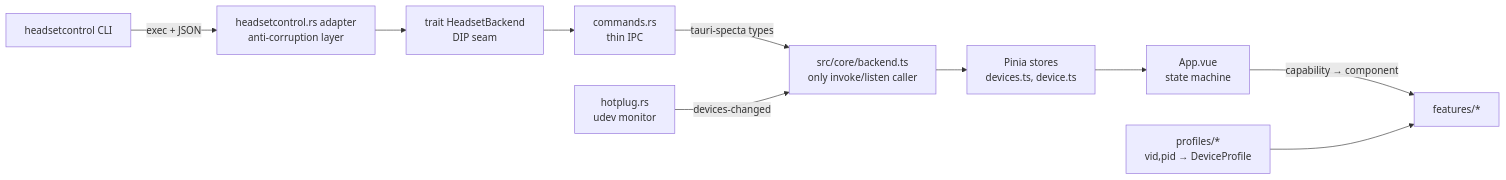
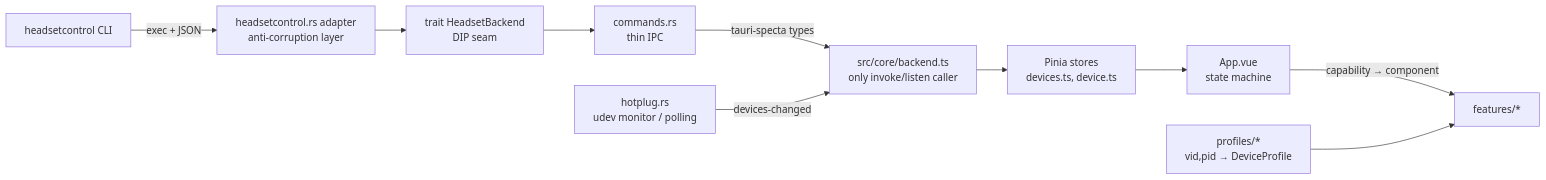
Before and after one commit to AdrianKuriata/HeadsetControl-GUI: the diagram in docs/architecture/overview.md, drawn with Mermaid. The commit also changed other lines of this file and 5 other files, not shown here.

````diff
--- a/docs/architecture/overview.md
+++ b/docs/architecture/overview.md
@@ -15,12 +15,12 @@
 ```mermaid
 flowchart LR
     HC[headsetcontrol CLI] -->|exec + JSON| AD[headsetcontrol.rs adapter\nanti-corruption layer]
     AD --> TR[trait HeadsetBackend\nDIP seam]
     TR --> CMD[commands.rs\nthin IPC]
     CMD -->|tauri-specta types| BE[src/core/backend.ts\nonly invoke/listen caller]
     BE --> ST[Pinia stores\ndevices.ts, device.ts]
     ST --> APP[App.vue\nstate machine]
     APP -->|capability → component| FEAT[features/*]
     PROF[profiles/*\nvid,pid → DeviceProfile] --> FEAT
-    UDEV[hotplug.rs\nudev monitor] -->|devices-changed| BE
+    UDEV[hotplug.rs\nudev monitor / polling] -->|devices-changed| BE
 ```
````
